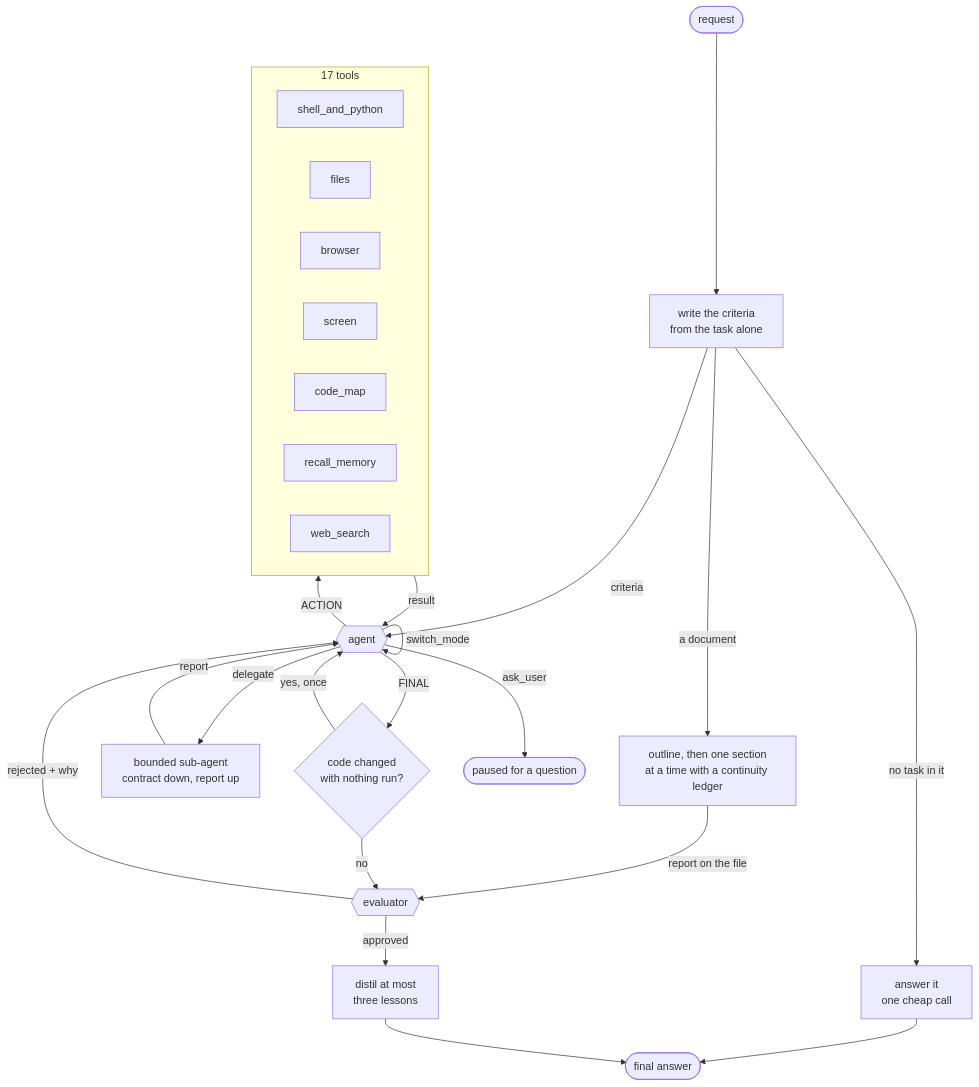
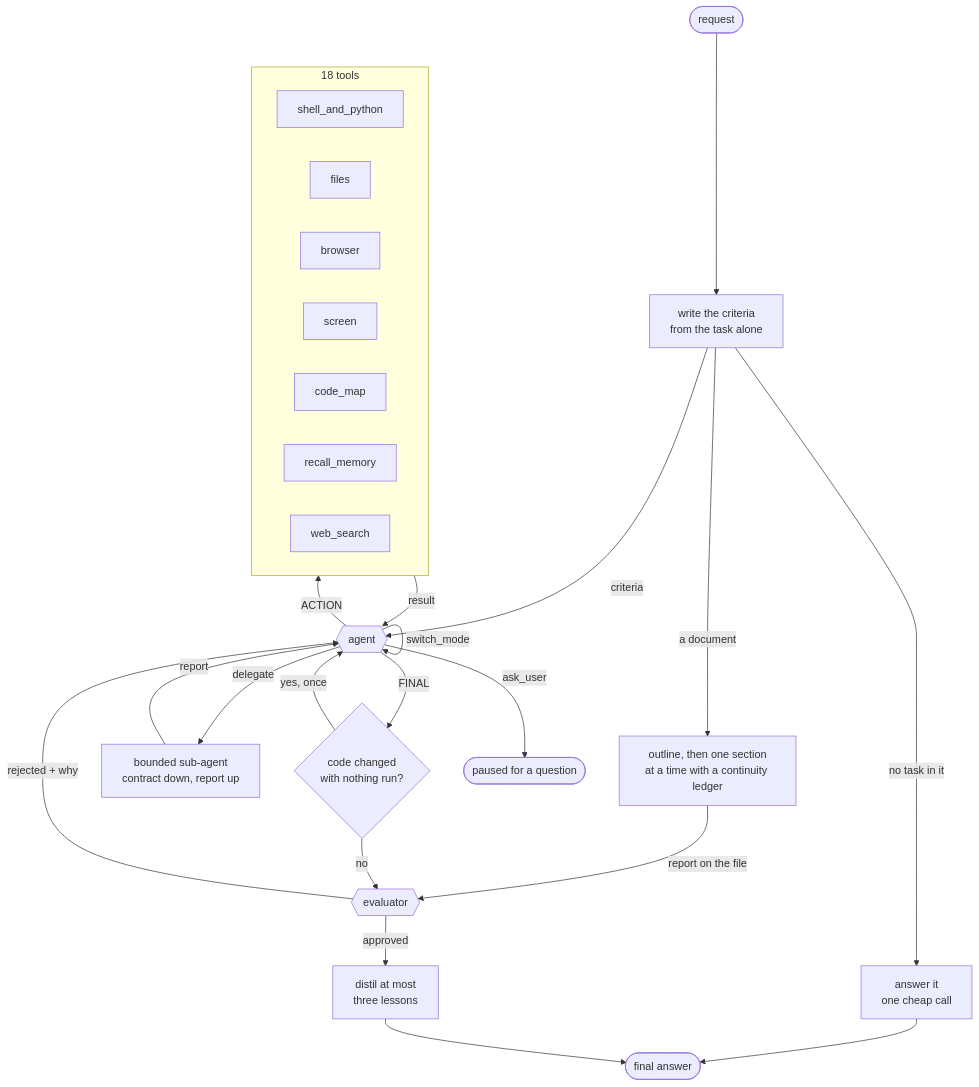
The diagram in README.md (siddharth23P/otto_agent), drawn with Mermaid before and after one commit. The commit also changed other lines of this file and 16 other files, not shown here.

````diff
--- a/README.md
+++ b/README.md
@@ -101,35 +188,35 @@
 ```mermaid
 flowchart TD
     start([request]) --> rubric[write the criteria<br/>from the task alone]
     rubric -->|no task in it| chat[answer it<br/>one cheap call] --> done
     rubric -->|a document| research[outline, then one section<br/>at a time with a continuity ledger]
     research -->|report on the file| evaluator
     rubric -->|criteria| agent
 
     agent{{agent}} -->|ACTION| tools
     tools -->|result| agent
     agent -->|switch_mode| agent
     agent -->|delegate| child[bounded sub-agent<br/>contract down, report up]
     child -->|report| agent
 
     agent -->|FINAL| gate{code changed<br/>with nothing run?}
     gate -->|yes, once| agent
     gate -->|no| evaluator
 
     evaluator{{evaluator}} -->|rejected + why| agent
     evaluator -->|approved| learn[distil at most<br/>three lessons]
     learn --> done([final answer])
 
     agent -->|ask_user| pause([paused for a question])
 
-    subgraph tools [17 tools]
+    subgraph tools [18 tools]
         direction LR
         shell_and_python
         files
         browser
         screen
         code_map
         recall_memory
         web_search
     end
 ```
````
